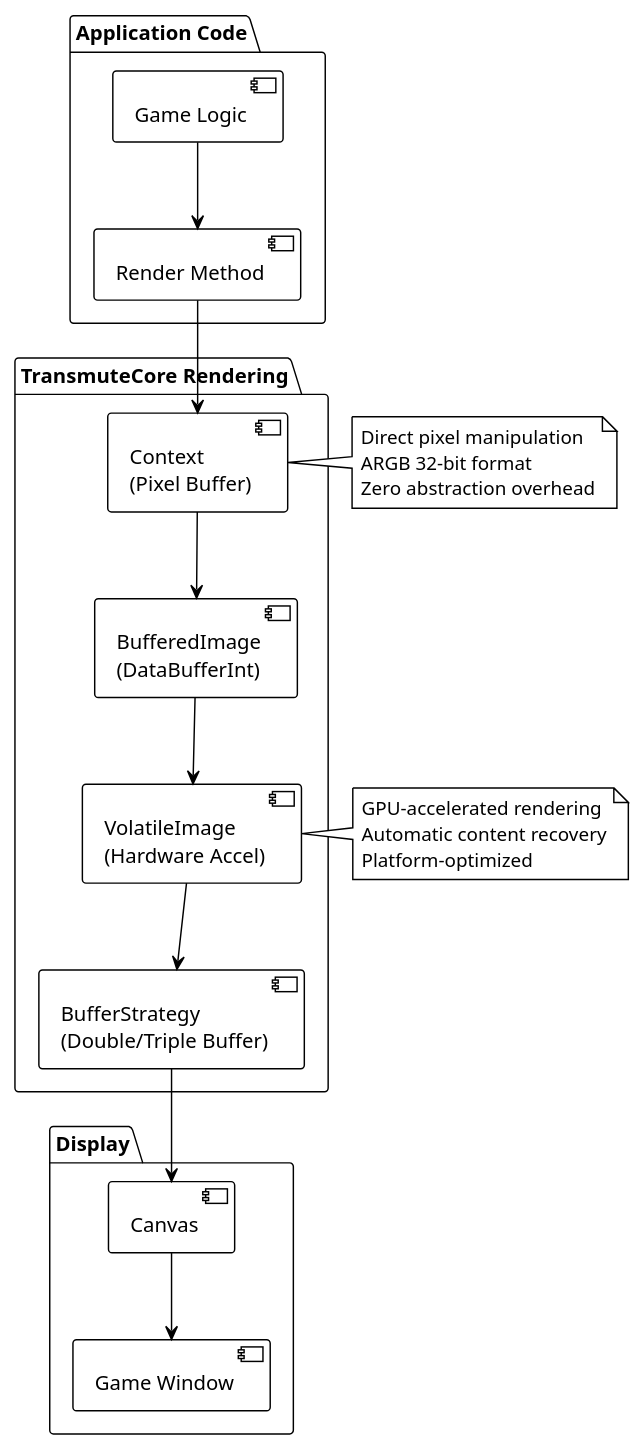
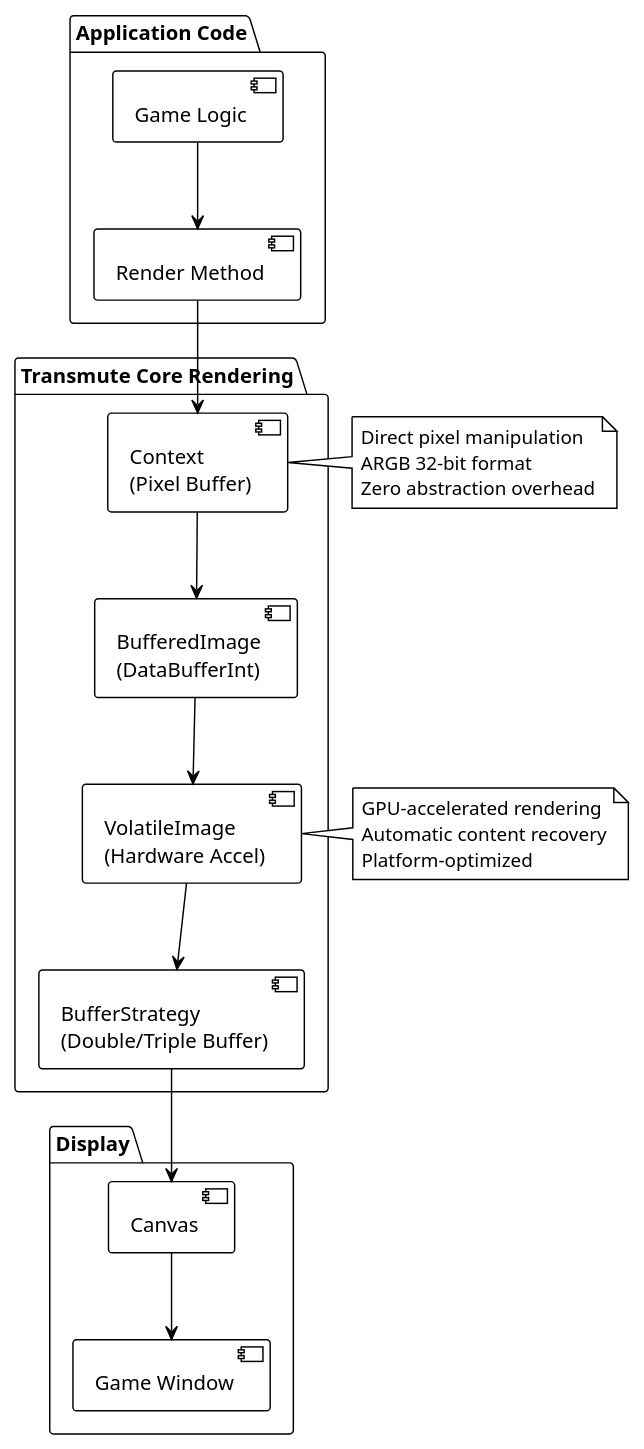
Before and after one commit to nicholasadamou/nicholasadamou.com: the first of 3 diagrams in content/projects/transmute-core.mdx, drawn with PlantUML. The commit also changed other lines of this file, not shown here.

First line of the commit message:
fix: standardize "TransmuteCore" to "Transmute Core" for consistency

````diff
--- a/content/projects/transmute-core.mdx
+++ b/content/projects/transmute-core.mdx
@@ -61,43 +61,43 @@
 ```plantuml
 @startuml Rendering Pipeline
 !theme plain
 
 package "Application Code" {
   [Game Logic]
   [Render Method]
 }
 
-package "TransmuteCore Rendering" {
+package "Transmute Core Rendering" {
   [Context\n(Pixel Buffer)]
   [BufferedImage\n(DataBufferInt)]
   [VolatileImage\n(Hardware Accel)]
   [BufferStrategy\n(Double/Triple Buffer)]
 }
 
 package "Display" {
   [Canvas]
   [Game Window]
 }
 
 [Game Logic] --> [Render Method]
 [Render Method] --> [Context\n(Pixel Buffer)]
 [Context\n(Pixel Buffer)] --> [BufferedImage\n(DataBufferInt)]
 [BufferedImage\n(DataBufferInt)] --> [VolatileImage\n(Hardware Accel)]
 [VolatileImage\n(Hardware Accel)] --> [BufferStrategy\n(Double/Triple Buffer)]
 [BufferStrategy\n(Double/Triple Buffer)] --> [Canvas]
 [Canvas] --> [Game Window]
 
 note right of [Context\n(Pixel Buffer)]
   Direct pixel manipulation
   ARGB 32-bit format
   Zero abstraction overhead
 end note
 
 note right of [VolatileImage\n(Hardware Accel)]
   GPU-accelerated rendering
   Automatic content recovery
   Platform-optimized
 end note
 
 @enduml
 ```
````
